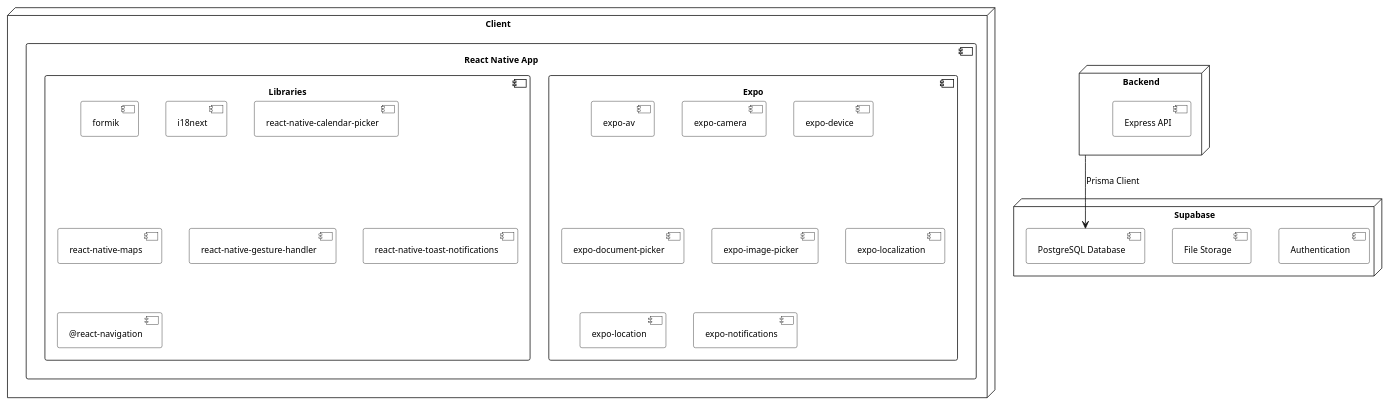
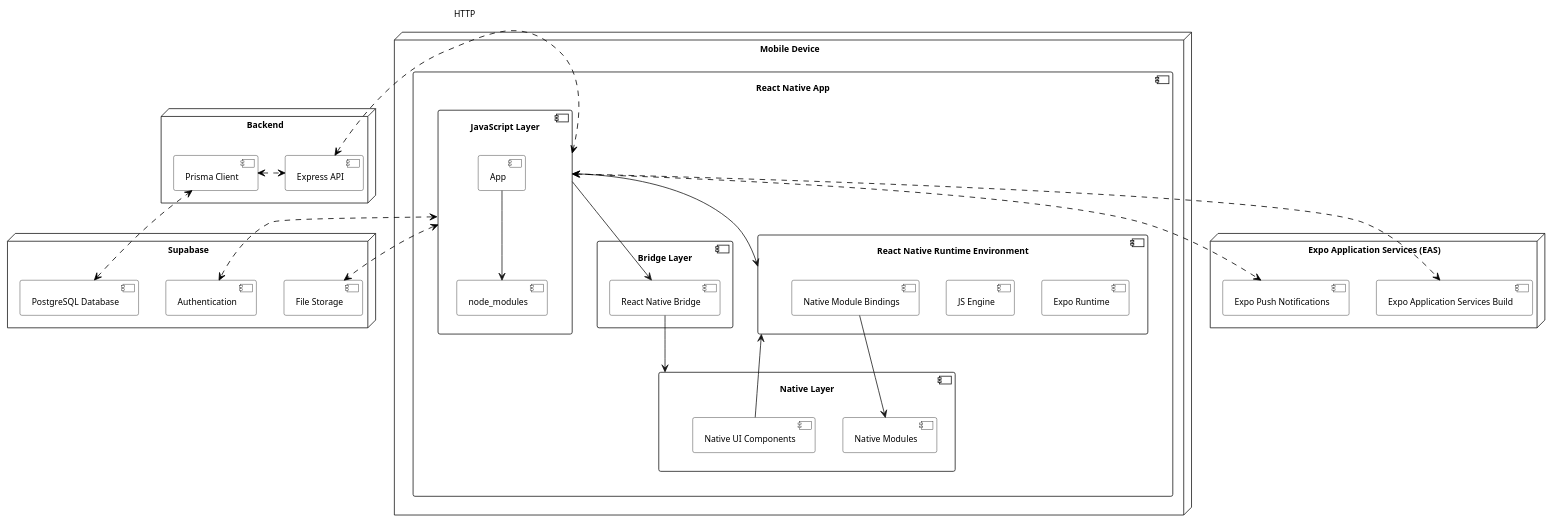
One commit to valeraruggierotesisucv/tesis-frameworks-mobile-diagrams changed the diagram in Diseño/React Native/ArchitectureDiagram.plantuml. Above: the diagram before and after it, drawn with PlantUML. The commit also changed 4 other files, not shown here.

First line of the commit message:
Update architecture and design class diagrams for React Native platform

```diff
--- a/Diseño/React Native/ArchitectureDiagram.plantuml
+++ b/Diseño/React Native/ArchitectureDiagram.plantuml
@@ -1,43 +1,64 @@
 @startuml architecture_design
 skinparam ComponentBackgroundColor white
 skinparam defaultTextAlignment center
 skinparam defaultFontSize 11
 
-node "Client" as client {
+node "Mobile Device" as mobileDevice {
     component "React Native App" as reactNativeApp {
-        component "Expo" as expo {
-            component "expo-av"
-            component "expo-camera"
-            component "expo-device"
-            component "expo-document-picker"
-            component "expo-image-picker"
-            component "expo-localization"
-            component "expo-location"
-            component "expo-notifications"
+         component "JavaScript Layer" as jsLayer {
+            component "App" as app 
+            component "node_modules" as nodeModules
         }
-        component "Libraries" as libraries {
-            component "formik"
-            component "i18next"
-            component "react-native-calendar-picker"
-            component "react-native-maps"
-            component "react-native-gesture-handler"
-            component "react-native-toast-notifications"
-            component "@react-navigation"
+        
+        component "Bridge Layer" as bridgeLayer {
+            component "React Native Bridge" as bridge
         }
+        
+        component "Native Layer" as nativeLayer {
+            component "Native Modules" as nativeModules
+            component "Native UI Components" as nativeComponents
+        }
+
+         component "React Native Runtime Environment" as runtime {
+            component "Expo Runtime" as expoRuntime 
+            component "JS Engine" as jsEngine
+            component "Native Module Bindings" as moduleBindings
+        }
+        
+        ' Internal connections
+        jsLayer --> bridge
+        bridge --> nativeLayer
+        jsLayer --> runtime
+        app --> nodeModules
+        moduleBindings --> nativeModules
+        nativeComponents --> runtime
     }
 
 }
 
 node "Backend" as backend {
     component "Express API" as expressAPI
+    component "Prisma Client" as prismaClient
 }
 
 node "Supabase" as supabase {
     component "Authentication" as auth
     component "File Storage" as fileStorage
     component "PostgreSQL Database" as postgresDB
 }
 
-backend --> postgresDB : Prisma Client
+node "Expo Application Services (EAS)" as expoServices {
+    component "Expo Push Notifications" as expoPushNotifications
+    component "Expo Application Services Build" as expoApplicationServicesBuild
+}
+
+jsLayer <..[#000000]l..> expressAPI : <font color=000000>HTTP</font>
+prismaClient <.[#000000]u.> postgresDB
+jsLayer <.[#000000]d.> fileStorage
+jsLayer <.[#000000]d.> auth
+
+expressAPI <.[#000000]l.> prismaClient
+jsLayer <.[#000000]d.> expoPushNotifications
+jsLayer <.[#000000]d.> expoApplicationServicesBuild
 
 @enduml
```
